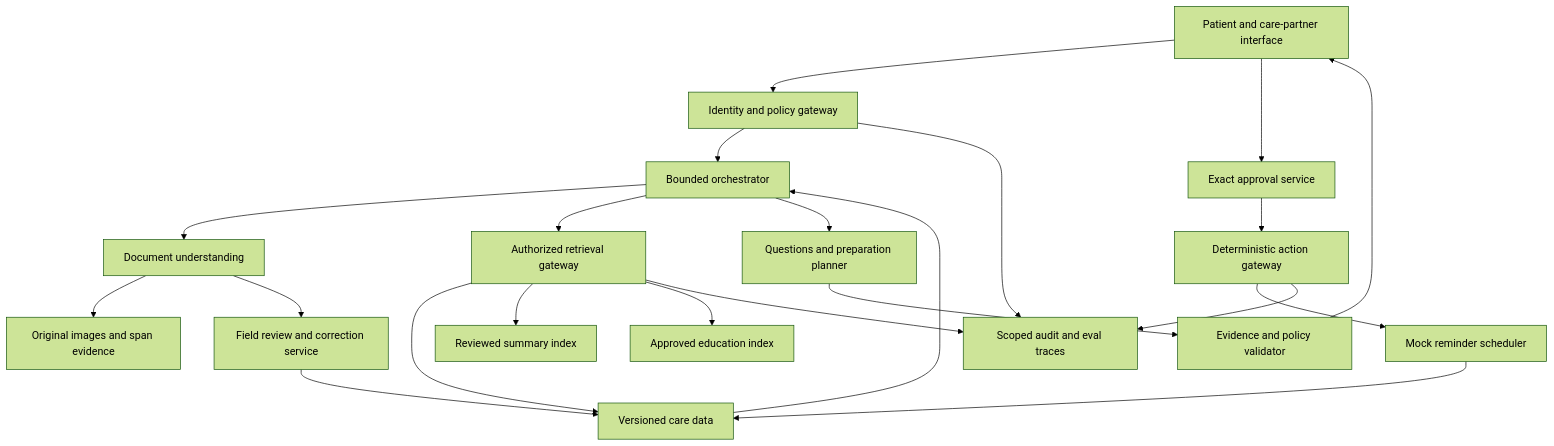
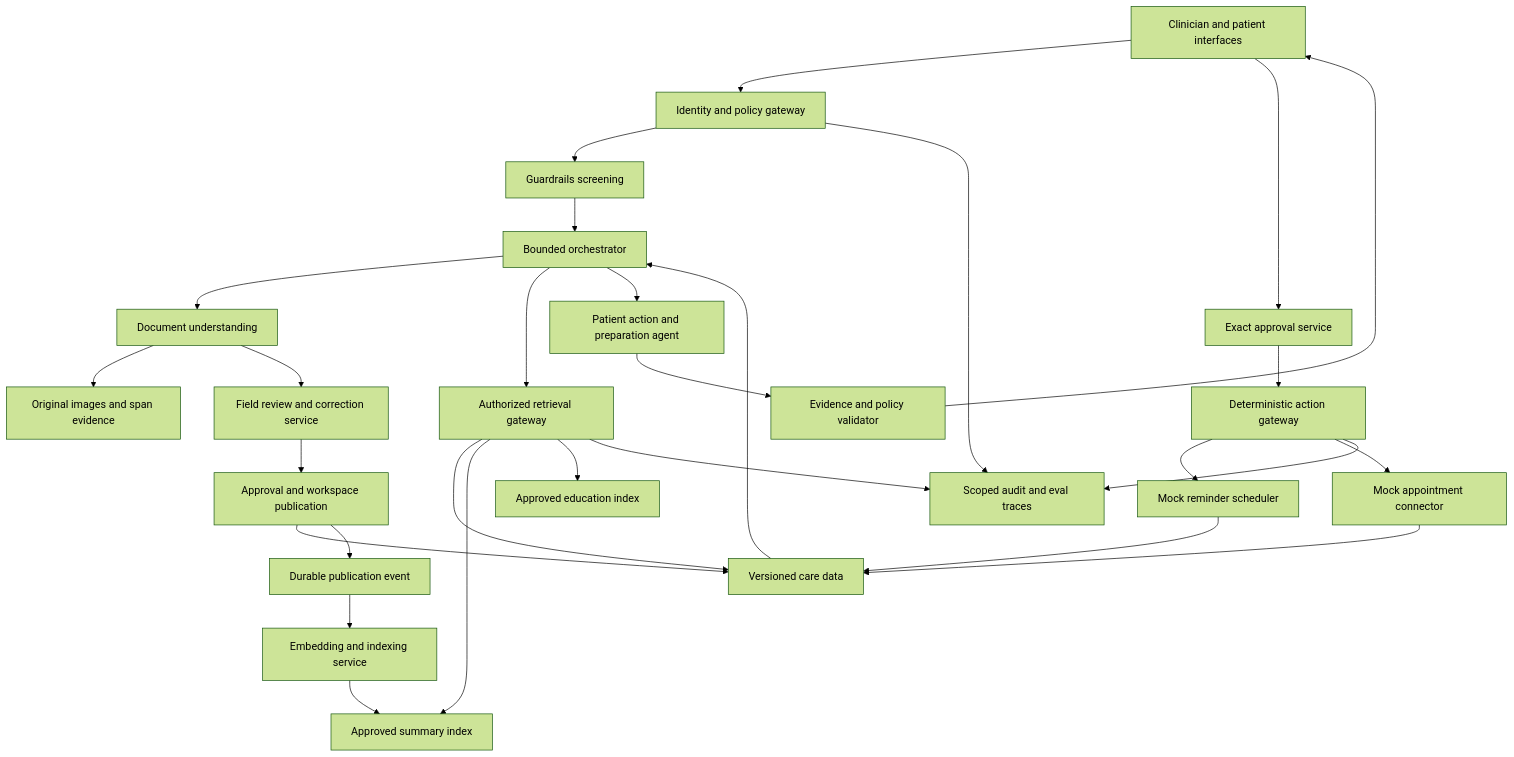
One commit to apushkar-repo/gbmcarepartner changed the second of 6 diagrams in GBM_AI_Care_Companion_Architecture_Diagrams.md. Above: the diagram before and after it, drawn with Mermaid (forest theme). The commit also changed other lines of this file and 2 other files, not shown here.

Commit message:
Updated arch diagram and evals

````diff
--- a/GBM_AI_Care_Companion_Architecture_Diagrams.md
+++ b/GBM_AI_Care_Companion_Architecture_Diagrams.md
@@ -35,24 +35,31 @@
 ```mermaid
 flowchart TD
-  UI[Patient and care-partner interface] --> API[Identity and policy gateway]
-  API --> ORCH[Bounded orchestrator]
+  UI[Clinician and patient interfaces] --> API[Identity and policy gateway]
+  API --> GUARD[Guardrails screening]
+  GUARD --> ORCH[Bounded orchestrator]
   ORCH --> DOC[Document understanding]
   DOC --> VAULT[Original images and span evidence]
   DOC --> REVIEW[Field review and correction service]
-  REVIEW --> DATA[Versioned care data]
+  REVIEW --> PUB[Approval and workspace publication]
+  PUB --> DATA[Versioned care data]
+  PUB --> EVENT[Durable publication event]
+  EVENT --> EMBED[Embedding and indexing service]
+  EMBED --> INDEX[Approved summary index]
   ORCH --> RAG[Authorized retrieval gateway]
   RAG --> DATA
-  RAG --> INDEX[Reviewed summary index]
+  RAG --> INDEX
   RAG --> EDU[Approved education index]
-  ORCH --> PLAN[Questions and preparation planner]
+  ORCH --> PLAN[Patient action and preparation agent]
   PLAN --> CHECK[Evidence and policy validator]
   CHECK --> UI
   UI --> APPROVE[Exact approval service]
   APPROVE --> ACTION[Deterministic action gateway]
   ACTION --> SCHED[Mock reminder scheduler]
+  ACTION --> BOOK[Mock appointment connector]
+  BOOK --> DATA
   SCHED --> DATA
   DATA --> ORCH
   API --> AUDIT[Scoped audit and eval traces]
   ACTION --> AUDIT
   RAG --> AUDIT
 ```
````
